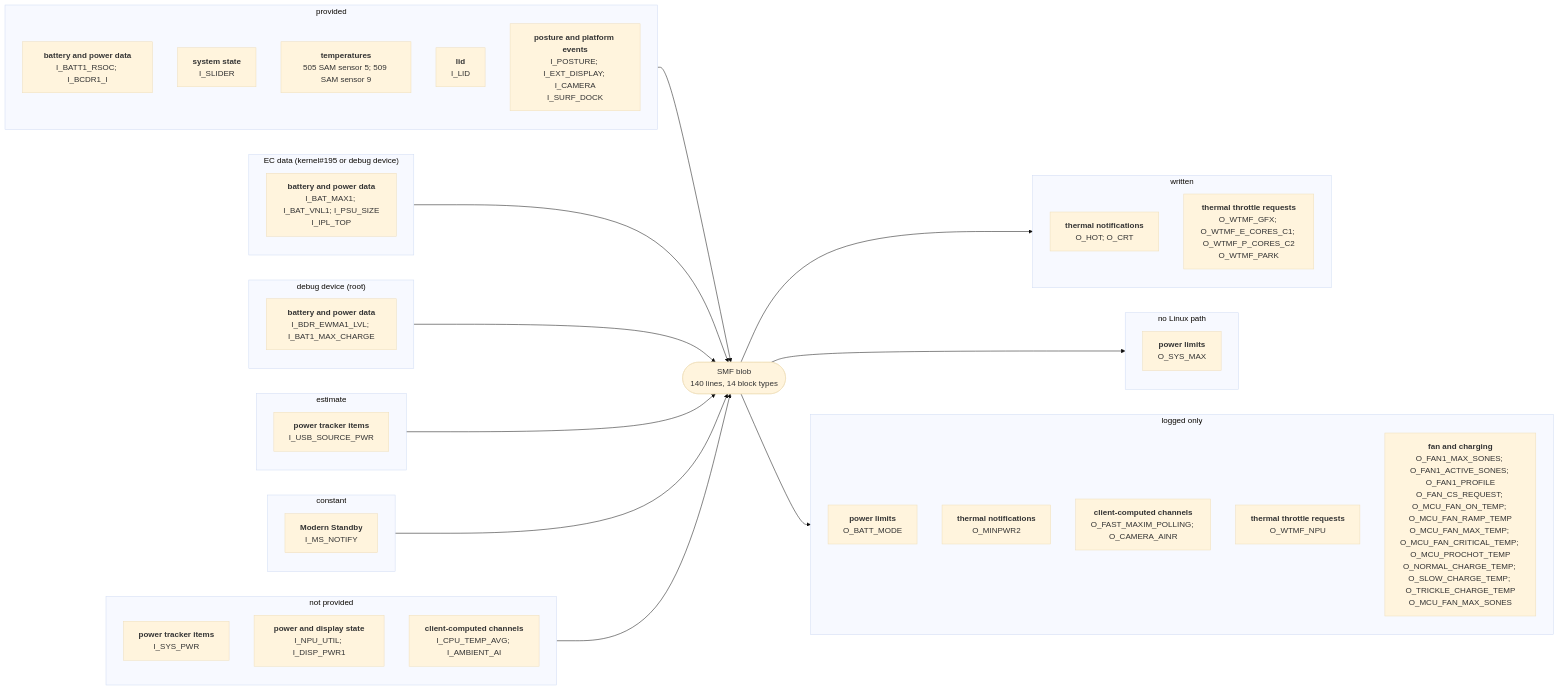
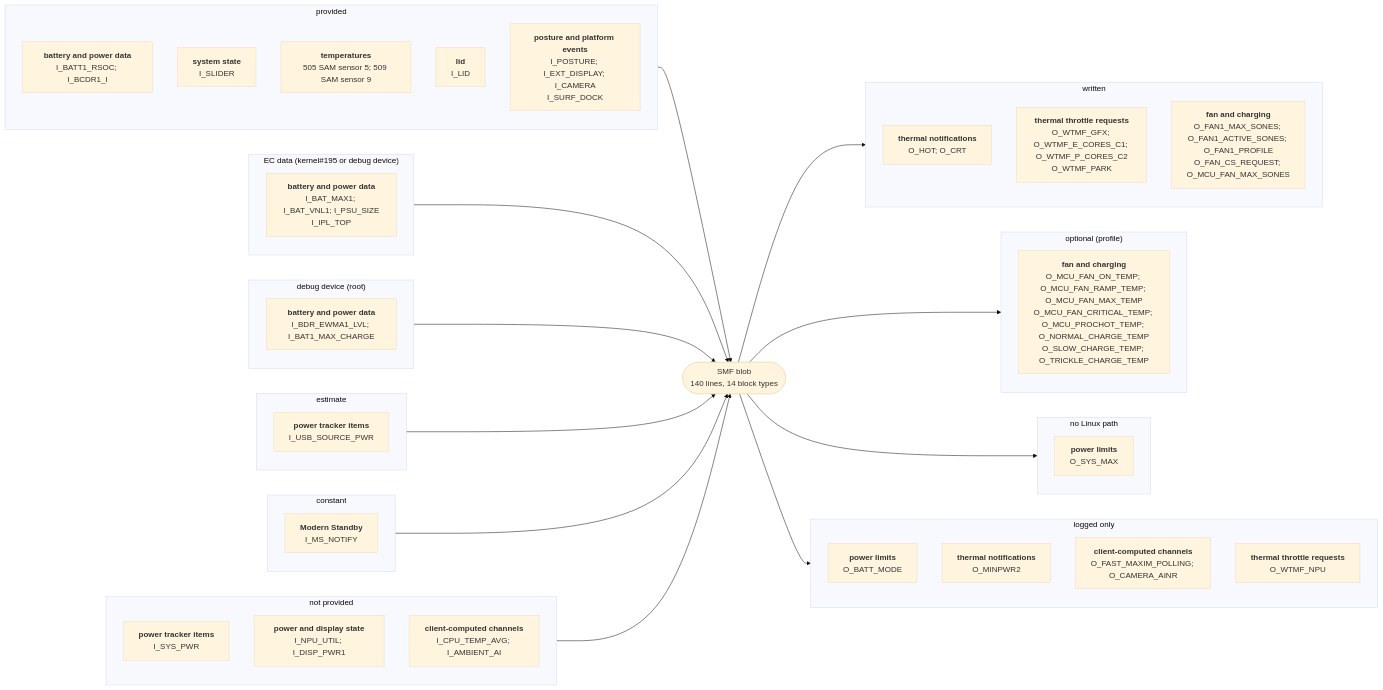
One commit to larsschellhas/linux-surface-power changed the diagram in docs/devices/surface-laptop-13.md. Above: the diagram before and after it, drawn with Mermaid (base theme). The commit also changed other lines of this file and 30 other files, not shown here.

````diff
--- a/docs/devices/surface-laptop-13.md
+++ b/docs/devices/surface-laptop-13.md
@@ -19,51 +19,55 @@
 ```mermaid
 flowchart LR
     subgraph IN0["provided"]
         I0_28B7BD85["<b>battery and power data</b><br/>I_BATT1_RSOC; I_BCDR1_I"]
         I0_2DD6960F["<b>system state</b><br/>I_SLIDER"]
         I0_2E8B14C2["<b>temperatures</b><br/>505 SAM sensor 5; 509 SAM sensor 9"]
         I0_5D0EE597["<b>lid</b><br/>I_LID"]
         I0_8060B17F["<b>posture and platform events</b><br/>I_POSTURE; I_EXT_DISPLAY; I_CAMERA<br/>I_SURF_DOCK"]
     end
     IN0 --> B
     subgraph IN1["EC data (kernel#195 or debug device)"]
         I1_28B7BD85["<b>battery and power data</b><br/>I_BAT_MAX1; I_BAT_VNL1; I_PSU_SIZE<br/>I_IPL_TOP"]
     end
     IN1 --> B
     subgraph IN2["debug device (root)"]
         I2_28B7BD85["<b>battery and power data</b><br/>I_BDR_EWMA1_LVL; I_BAT1_MAX_CHARGE"]
     end
     IN2 --> B
     subgraph IN3["estimate"]
         I3_049E36F2["<b>power tracker items</b><br/>I_USB_SOURCE_PWR"]
     end
     IN3 --> B
     subgraph IN4["constant"]
         I4_DEF1AB69["<b>Modern Standby</b><br/>I_MS_NOTIFY"]
     end
     IN4 --> B
     subgraph IN5["not provided"]
         I5_049E36F2["<b>power tracker items</b><br/>I_SYS_PWR"]
         I5_1FB53D4C["<b>power and display state</b><br/>I_NPU_UTIL; I_DISP_PWR1"]
         I5_87008365["<b>client-computed channels</b><br/>I_CPU_TEMP_AVG; I_AMBIENT_AI"]
     end
     IN5 --> B
     B(["SMF blob<br/>140 lines, 14 block types"])
     subgraph OUT0["written"]
         O0_110DF2A4["<b>thermal notifications</b><br/>O_HOT; O_CRT"]
         O0_9BBB8910["<b>thermal throttle requests</b><br/>O_WTMF_GFX; O_WTMF_E_CORES_C1; O_WTMF_P_CORES_C2<br/>O_WTMF_PARK"]
+        O0_B620798F["<b>fan and charging</b><br/>O_FAN1_MAX_SONES; O_FAN1_ACTIVE_SONES; O_FAN1_PROFILE<br/>O_FAN_CS_REQUEST; O_MCU_FAN_MAX_SONES"]
     end
     B --> OUT0
-    subgraph OUT1["no Linux path"]
-        O1_0B7B5350["<b>power limits</b><br/>O_SYS_MAX"]
+    subgraph OUT1["optional (profile)"]
+        O1_B620798F["<b>fan and charging</b><br/>O_MCU_FAN_ON_TEMP; O_MCU_FAN_RAMP_TEMP; O_MCU_FAN_MAX_TEMP<br/>O_MCU_FAN_CRITICAL_TEMP; O_MCU_PROCHOT_TEMP; O_NORMAL_CHARGE_TEMP<br/>O_SLOW_CHARGE_TEMP; O_TRICKLE_CHARGE_TEMP"]
     end
     B --> OUT1
-    subgraph OUT2["logged only"]
-        O2_0B7B5350["<b>power limits</b><br/>O_BATT_MODE"]
-        O2_110DF2A4["<b>thermal notifications</b><br/>O_MINPWR2"]
-        O2_87008365["<b>client-computed channels</b><br/>O_FAST_MAXIM_POLLING; O_CAMERA_AINR"]
-        O2_9BBB8910["<b>thermal throttle requests</b><br/>O_WTMF_NPU"]
-        O2_B620798F["<b>fan and charging</b><br/>O_FAN1_MAX_SONES; O_FAN1_ACTIVE_SONES; O_FAN1_PROFILE<br/>O_FAN_CS_REQUEST; O_MCU_FAN_ON_TEMP; O_MCU_FAN_RAMP_TEMP<br/>O_MCU_FAN_MAX_TEMP; O_MCU_FAN_CRITICAL_TEMP; O_MCU_PROCHOT_TEMP<br/>O_NORMAL_CHARGE_TEMP; O_SLOW_CHARGE_TEMP; O_TRICKLE_CHARGE_TEMP<br/>O_MCU_FAN_MAX_SONES"]
+    subgraph OUT2["no Linux path"]
+        O2_0B7B5350["<b>power limits</b><br/>O_SYS_MAX"]
     end
     B --> OUT2
+    subgraph OUT3["logged only"]
+        O3_0B7B5350["<b>power limits</b><br/>O_BATT_MODE"]
+        O3_110DF2A4["<b>thermal notifications</b><br/>O_MINPWR2"]
+        O3_87008365["<b>client-computed channels</b><br/>O_FAST_MAXIM_POLLING; O_CAMERA_AINR"]
+        O3_9BBB8910["<b>thermal throttle requests</b><br/>O_WTMF_NPU"]
+    end
+    B --> OUT3
 ```
````
